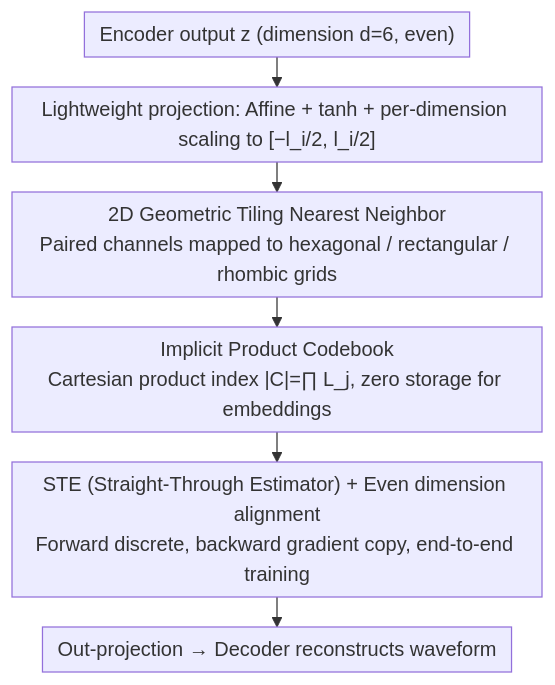
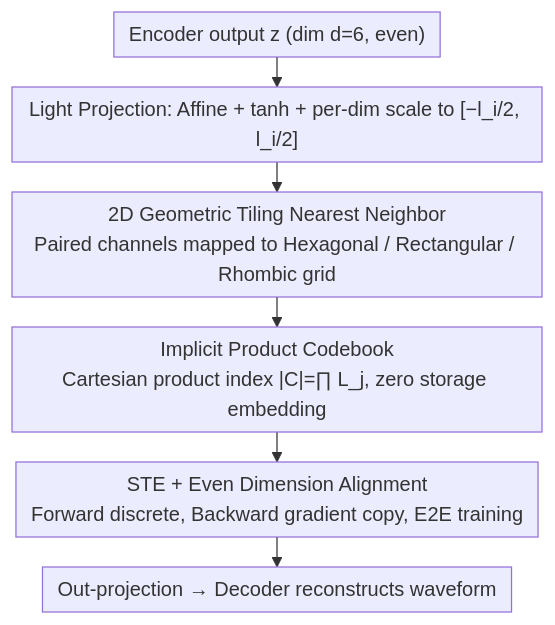
The diagram in docs/ICML2026/audio_speech/two-dimensional_quantization_for_geometry-aware_audio_coding.md (zhaoyang97/Paper-Notes-en), drawn with Mermaid before and after one commit. The commit also changed other lines of this file and 5084 other files, not shown here.

````diff
--- a/docs/ICML2026/audio_speech/two-dimensional_quantization_for_geometry-aware_audio_coding.md
+++ b/docs/ICML2026/audio_speech/two-dimensional_quantization_for_geometry-aware_audio_coding.md
@@ -42,11 +42,11 @@
 ```mermaid
 %%{init: {'flowchart': {'rankSpacing': 24, 'nodeSpacing': 28, 'padding': 6, 'wrappingWidth': 400}}}%%
 flowchart TD
-    ENC["Encoder output z (dimension d=6, even)"]
-    PROJ["Lightweight projection: Affine + tanh + per-dimension scaling to [−l_i/2, l_i/2]"]
-    TILE["2D Geometric Tiling Nearest Neighbor<br/>Paired channels mapped to hexagonal / rectangular / rhombic grids"]
-    CB["Implicit Product Codebook<br/>Cartesian product index |C|=∏ L_j, zero storage for embeddings"]
-    STE["STE (Straight-Through Estimator) + Even dimension alignment<br/>Forward discrete, backward gradient copy, end-to-end training"]
+    ENC["Encoder output z (dim d=6, even)"]
+    PROJ["Light Projection: Affine + tanh + per-dim scale to [−l_i/2, l_i/2]"]
+    TILE["2D Geometric Tiling Nearest Neighbor<br/>Paired channels mapped to Hexagonal / Rectangular / Rhombic grid"]
+    CB["Implicit Product Codebook<br/>Cartesian product index |C|=∏ L_j, zero storage embedding"]
+    STE["STE + Even Dimension Alignment<br/>Forward discrete, Backward gradient copy, E2E training"]
     OUT["Out-projection → Decoder reconstructs waveform"]
     ENC --> PROJ --> TILE --> CB --> STE --> OUT
 ```
````
